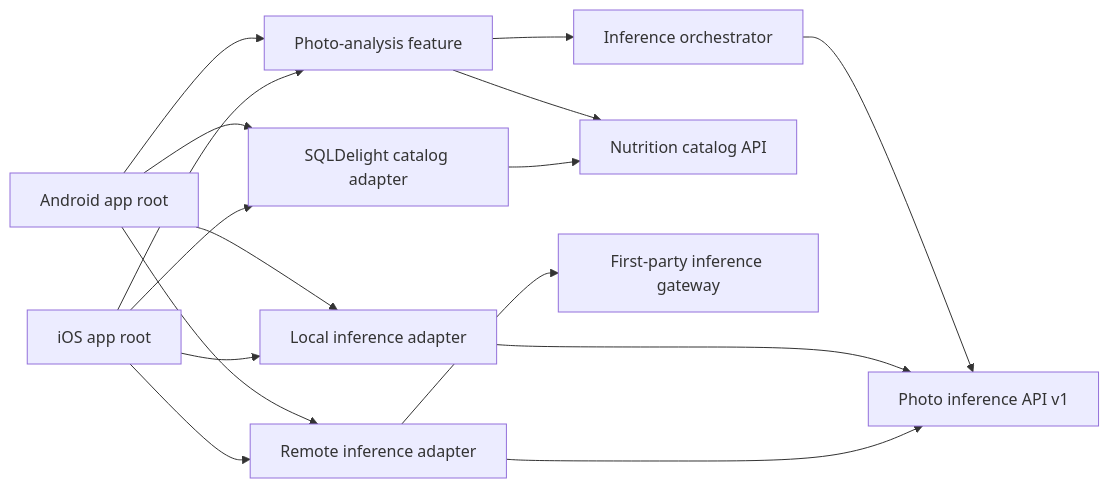
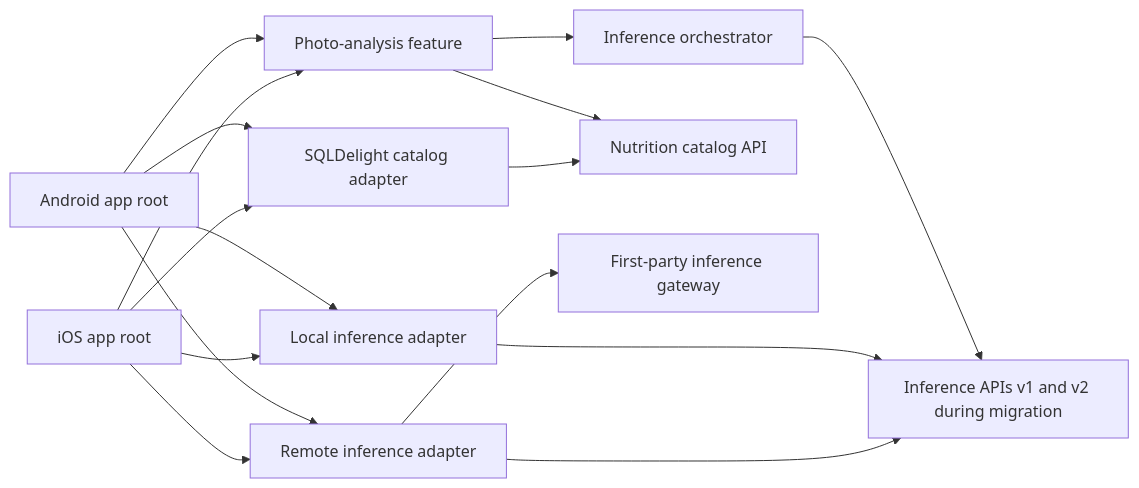
Before and after one commit to ajdevy/SuperNutrition: the first of 2 diagrams in _bmad-output/planning-artifacts/architecture/architecture-SuperNutrition-2026-07-26/ARCHITECTURE-SPINE.md, drawn with Mermaid. The commit also changed other lines of this file and 29 other files, not shown here.

````diff
--- a/_bmad-output/planning-artifacts/architecture/architecture-SuperNutrition-2026-07-26/ARCHITECTURE-SPINE.md
+++ b/_bmad-output/planning-artifacts/architecture/architecture-SuperNutrition-2026-07-26/ARCHITECTURE-SPINE.md
@@ -42,18 +42,18 @@
 ```mermaid
 flowchart LR
     AndroidApp["Android app root"] --> Feature["Photo-analysis feature"]
     IOSApp["iOS app root"] --> Feature
     Feature --> Orchestrator["Inference orchestrator"]
     Feature --> CatalogAPI["Nutrition catalog API"]
-    Orchestrator --> EngineAPI["Photo inference API v1"]
+    Orchestrator --> EngineAPI["Inference APIs v1 and v2 during migration"]
     Local["Local inference adapter"] --> EngineAPI
     Remote["Remote inference adapter"] --> EngineAPI
     Catalog["SQLDelight catalog adapter"] --> CatalogAPI
     AndroidApp --> Local
     IOSApp --> Local
     AndroidApp --> Remote
     IOSApp --> Remote
     AndroidApp --> Catalog
     IOSApp --> Catalog
     Remote --> Gateway["First-party inference gateway"]
 ```
````
